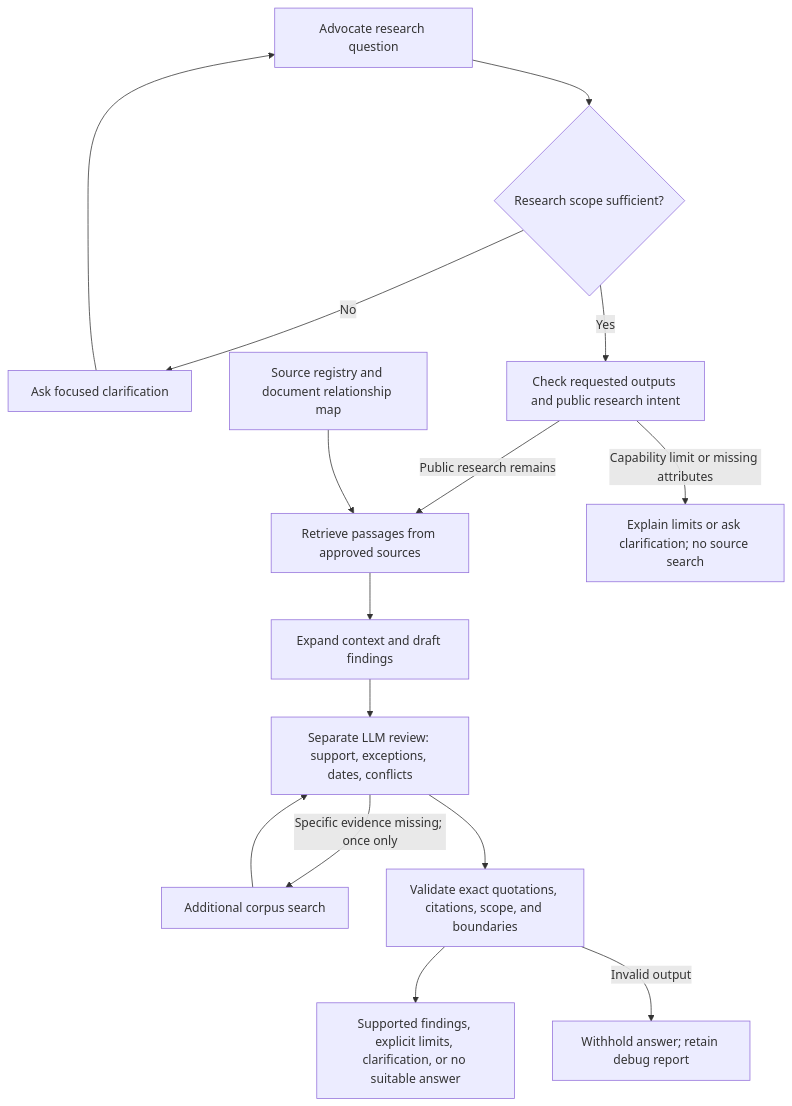
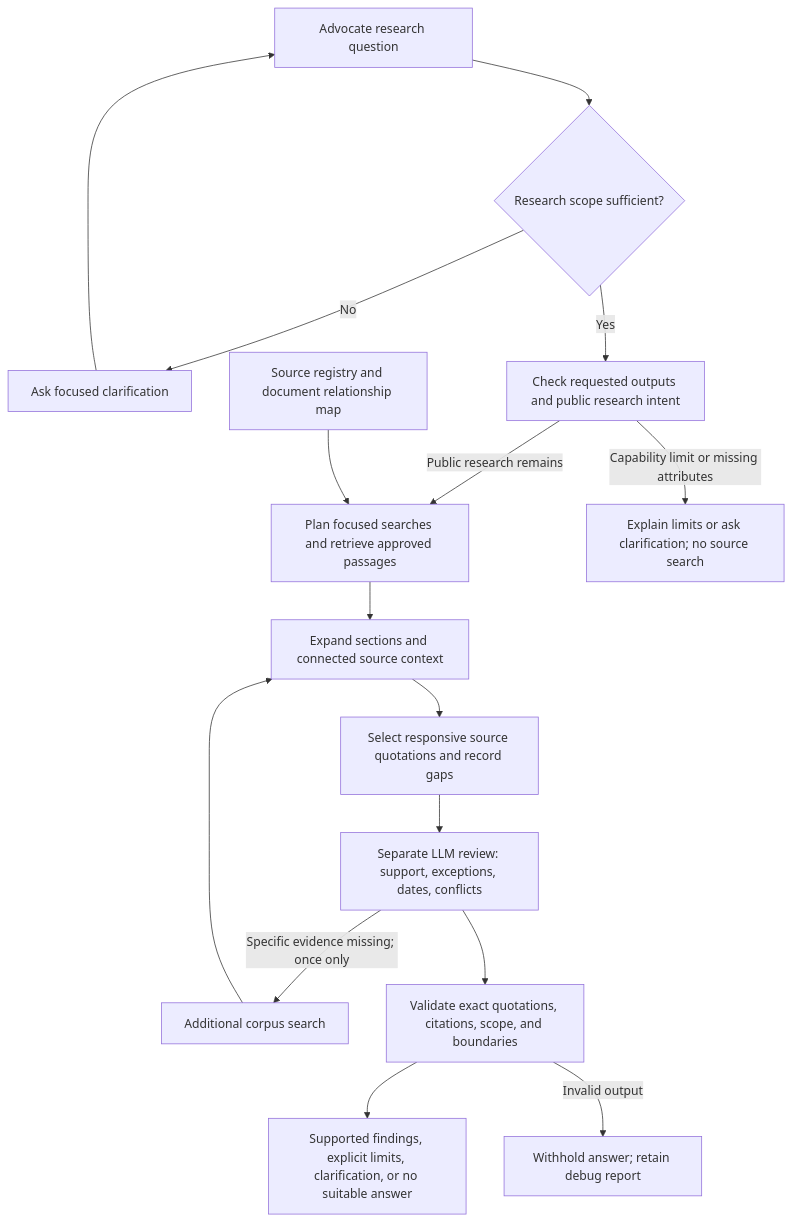
The diagram in README.md (swkarlekar/health-research-oracle-public), drawn with Mermaid before and after one commit. The commit also changed other lines of this file and 30 other files, not shown here.

````diff
--- a/README.md
+++ b/README.md
@@ -69,17 +71,19 @@
 ```mermaid
 flowchart TD
     Q[Advocate research question] --> S{Research scope sufficient?}
     S -->|No| C[Ask focused clarification]
     C --> Q
     S -->|Yes| B[Check requested outputs and public research intent]
-    B -->|Public research remains| R[Retrieve passages from approved sources]
+    B -->|Public research remains| R[Plan focused searches and retrieve approved passages]
     B -->|Capability limit or missing attributes| N[Explain limits or ask clarification; no source search]
     V[Source registry and document relationship map] --> R
-    R --> E[Expand context and draft findings]
-    E --> J[Separate LLM review: support, exceptions, dates, conflicts]
+    R --> E[Expand sections and connected source context]
+    E --> D[Select responsive source quotations and record gaps]
+    D --> J
+    J[Separate LLM review: support, exceptions, dates, conflicts]
     J -->|Specific evidence missing; once only| A[Additional corpus search]
-    A --> J
+    A --> E
     J --> P[Validate exact quotations, citations, scope, and boundaries]
     P --> O[Supported findings, explicit limits, clarification, or no suitable answer]
     P -->|Invalid output| F[Withhold answer; retain debug report]
 ```
````
